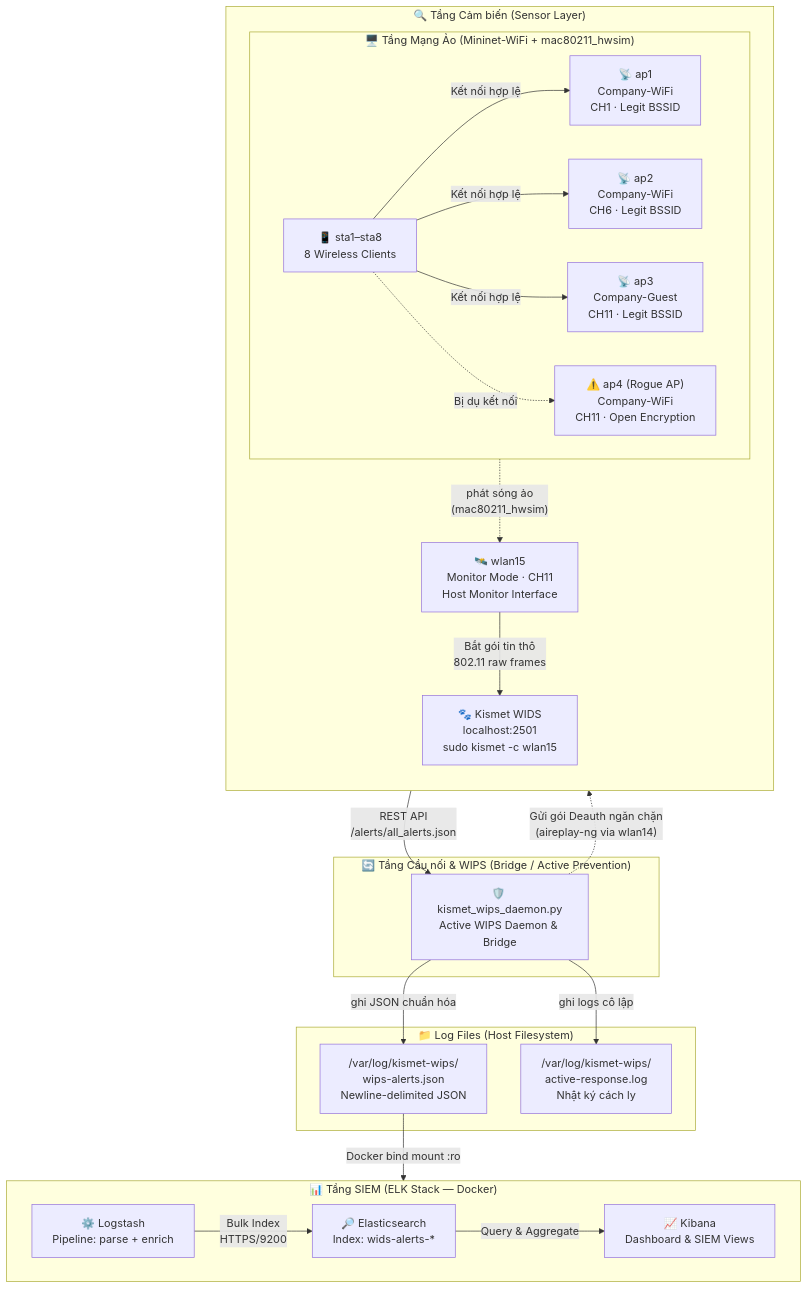
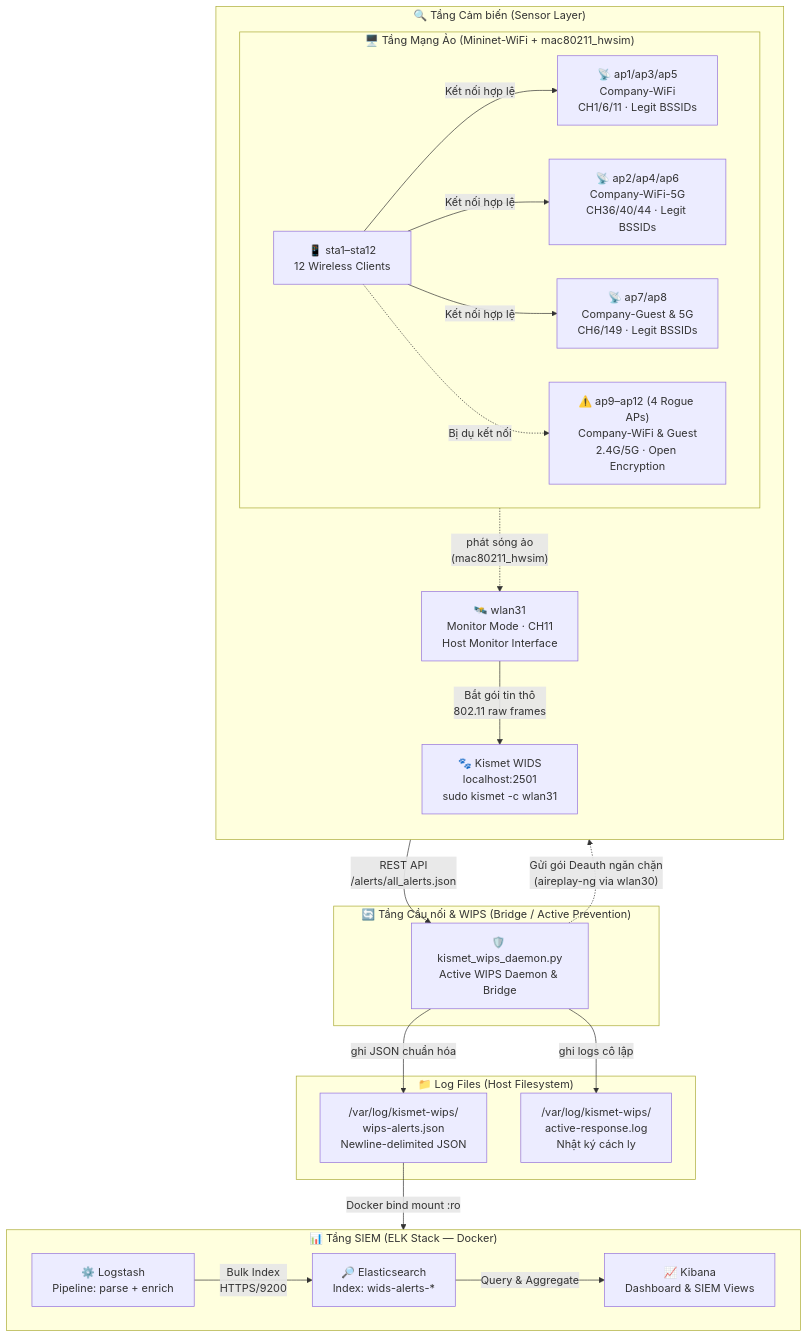
The diagram in README.md (ph4n10m1808/wireless-mobile-network-security-project), drawn with Mermaid before and after one commit. The commit also changed other lines of this file and 8 other files, not shown here.

Commit message:
feat: expand Mininet-WiFi topology to 24 nodes and reconfigure interface management for dedicated host WIPS/monitor access

````diff
--- a/README.md
+++ b/README.md
@@ -28,45 +28,45 @@
 ```mermaid
 flowchart TB
     subgraph VIRTUAL_NET["🖥️ Tầng Mạng Ảo (Mininet-WiFi + mac80211_hwsim)"]
         direction LR
-        AP1["📡 ap1\nCompany-WiFi\nCH1 · Legit BSSID"]
-        AP2["📡 ap2\nCompany-WiFi\nCH6 · Legit BSSID"]
-        AP3["📡 ap3\nCompany-Guest\nCH11 · Legit BSSID"]
-        ROGUE["⚠️ ap4 (Rogue AP)\nCompany-WiFi\nCH11 · Open Encryption"]
-        STA["📱 sta1–sta8\n8 Wireless Clients"]
+        AP1["📡 ap1/ap3/ap5\nCompany-WiFi\nCH1/6/11 · Legit BSSIDs"]
+        AP2["📡 ap2/ap4/ap6\nCompany-WiFi-5G\nCH36/40/44 · Legit BSSIDs"]
+        AP3["📡 ap7/ap8\nCompany-Guest & 5G\nCH6/149 · Legit BSSIDs"]
+        ROGUE["⚠️ ap9–ap12 (4 Rogue APs)\nCompany-WiFi & Guest\n2.4G/5G · Open Encryption"]
+        STA["📱 sta1–sta12\n12 Wireless Clients"]
         STA -->|Kết nối hợp lệ| AP1 & AP2 & AP3
         STA -.->|Bị dụ kết nối| ROGUE
     end
 
     subgraph SENSORS["🔍 Tầng Cảm biến (Sensor Layer)"]
         direction TB
-        WLAN15["🛰️ wlan15\nMonitor Mode · CH11\nHost Monitor Interface"]
-        KISMET["🐾 Kismet WIDS\nlocalhost:2501\nsudo kismet -c wlan15"]
+        WLAN15["🛰️ wlan31\nMonitor Mode · CH11\nHost Monitor Interface"]
+        KISMET["🐾 Kismet WIDS\nlocalhost:2501\nsudo kismet -c wlan31"]
         WLAN15 -->|"Bắt gói tin thô\n802.11 raw frames"| KISMET
         VIRTUAL_NET -.->|"phát sóng ảo\n(mac80211_hwsim)"| WLAN15
     end
 
     subgraph BRIDGE["🔄 Tầng Cầu nối & WIPS (Bridge / Active Prevention)"]
         KISMET_WIPS["🛡️ kismet_wips_daemon.py\nActive WIPS Daemon & Bridge"]
         KISMET -->|"REST API\n/alerts/all_alerts.json"| KISMET_WIPS
-        KISMET_WIPS -.->|"Gửi gói Deauth ngăn chặn\n(aireplay-ng via wlan14)"| VIRTUAL_NET
+        KISMET_WIPS -.->|"Gửi gói Deauth ngăn chặn\n(aireplay-ng via wlan30)"| VIRTUAL_NET
     end
 
     subgraph LOGS["📁 Log Files (Host Filesystem)"]
         LOG_WIPS["/var/log/kismet-wips/\nwips-alerts.json\nNewline-delimited JSON"]
         LOG_RESPONSE["/var/log/kismet-wips/\nactive-response.log\nNhật ký cách ly"]
         KISMET_WIPS -->|"ghi JSON chuẩn hóa"| LOG_WIPS
         KISMET_WIPS -->|"ghi logs cô lập"| LOG_RESPONSE
     end
 
     subgraph SIEM["📊 Tầng SIEM (ELK Stack — Docker)"]
         direction LR
         LOGSTASH["⚙️ Logstash\nPipeline: parse + enrich"]
         ES["🔎 Elasticsearch\nIndex: wids-alerts-*"]
         KIBANA["📈 Kibana\nDashboard & SIEM Views"]
         LOGSTASH -->|"Bulk Index\nHTTPS/9200"| ES
         ES -->|"Query & Aggregate"| KIBANA
     end
 
     LOG_WIPS -->|"Docker bind mount :ro"| LOGSTASH
 ```
````
